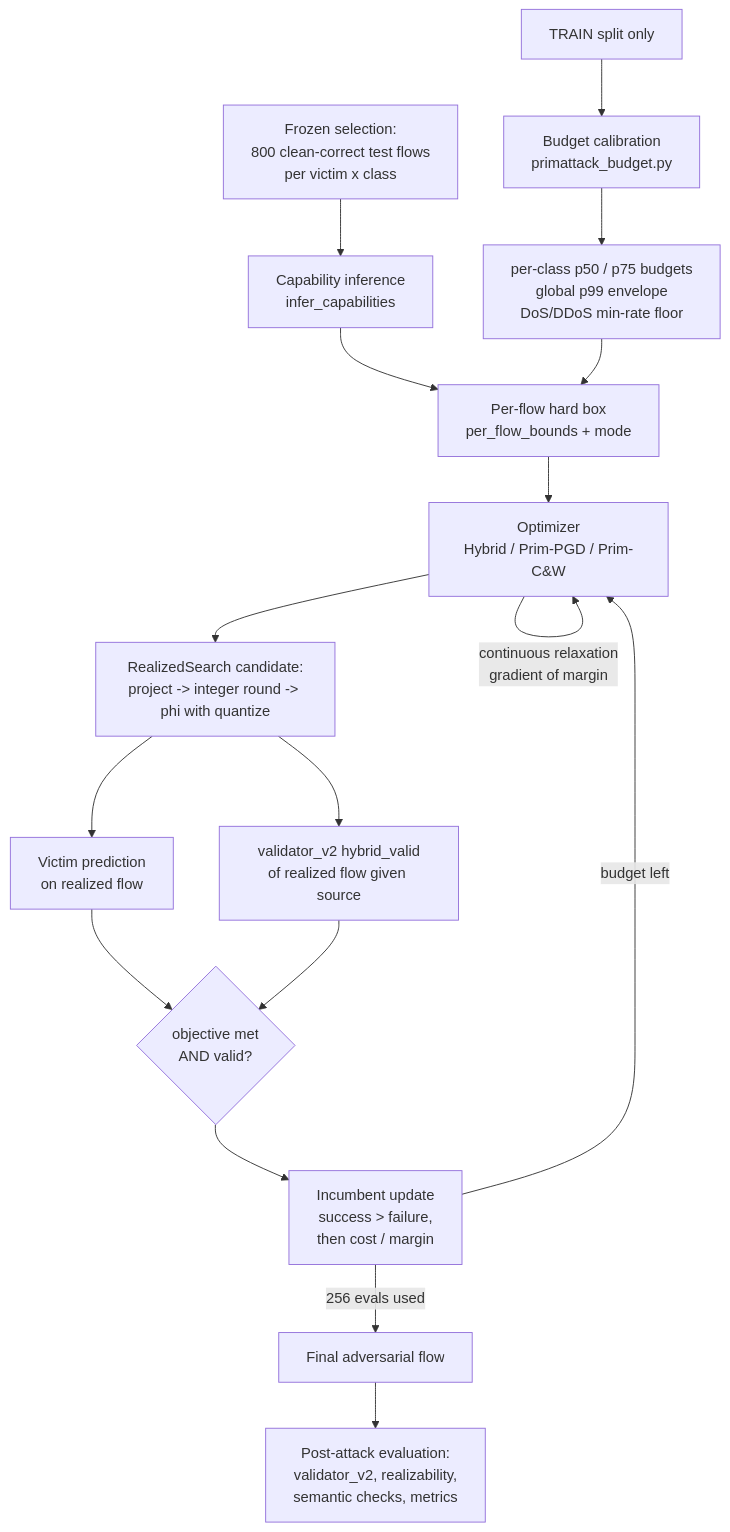
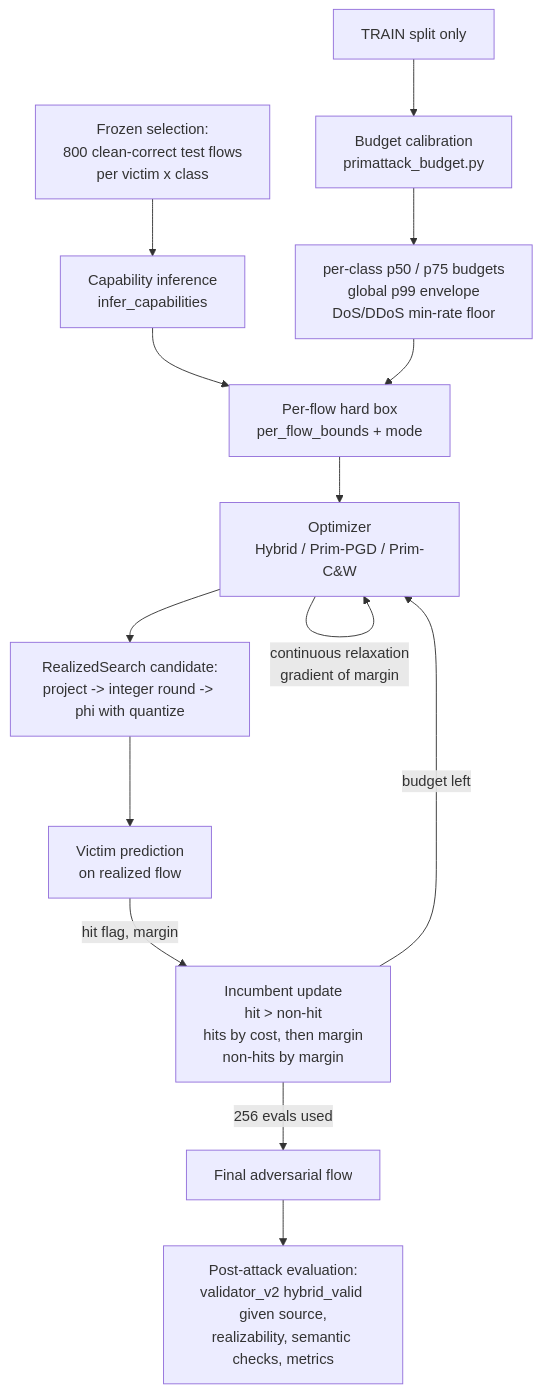
One commit to altmiko/thesis changed the diagram in PrimAttack_Explained.md. Above: the diagram before and after it, drawn with Mermaid. The commit also changed other lines of this file and 87 other files, not shown here.

Commit message:
Fixed diagrams

````diff
--- a/PrimAttack_Explained.md
+++ b/PrimAttack_Explained.md
@@ -40,19 +41,16 @@
 ```mermaid
 flowchart TD
     A[TRAIN split only] --> B[Budget calibration<br/>primattack_budget.py]
     B --> B1[per-class p50 / p75 budgets<br/>global p99 envelope<br/>DoS/DDoS min-rate floor]
     S[Frozen selection:<br/>800 clean-correct test flows<br/>per victim x class] --> C
     C[Capability inference<br/>infer_capabilities] --> D
     B1 --> D[Per-flow hard box<br/>per_flow_bounds + mode]
     D --> E[Optimizer<br/>Hybrid / Prim-PGD / Prim-C&W]
     E -->|continuous relaxation<br/>gradient of margin| E
     E --> F[RealizedSearch candidate:<br/>project -> integer round -> phi with quantize]
     F --> G[Victim prediction<br/>on realized flow]
-    F --> H[validator_v2 hybrid_valid<br/>of realized flow given source]
-    G --> I{objective met<br/>AND valid?}
-    H --> I
-    I --> J[Incumbent update<br/>success > failure,<br/>then cost / margin]
+    G -->|hit flag, margin| J[Incumbent update<br/>hit > non-hit<br/>hits by cost, then margin<br/>non-hits by margin]
     J -->|budget left| E
     J -->|256 evals used| K[Final adversarial flow]
-    K --> L[Post-attack evaluation:<br/>validator_v2, realizability,<br/>semantic checks, metrics]
+    K --> L[Post-attack evaluation:<br/>validator_v2 hybrid_valid given source,<br/>realizability, semantic checks, metrics]
 ```
````
